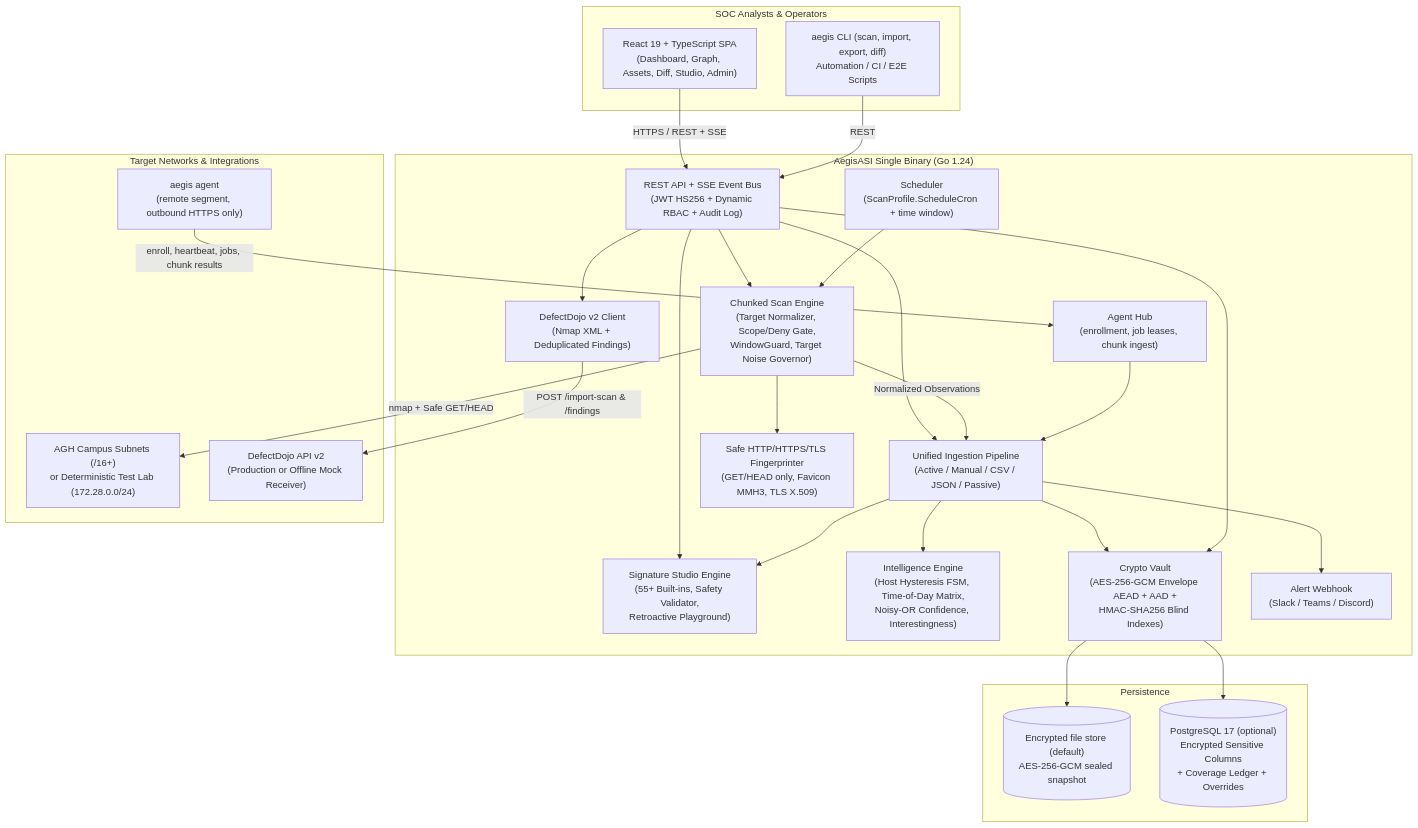
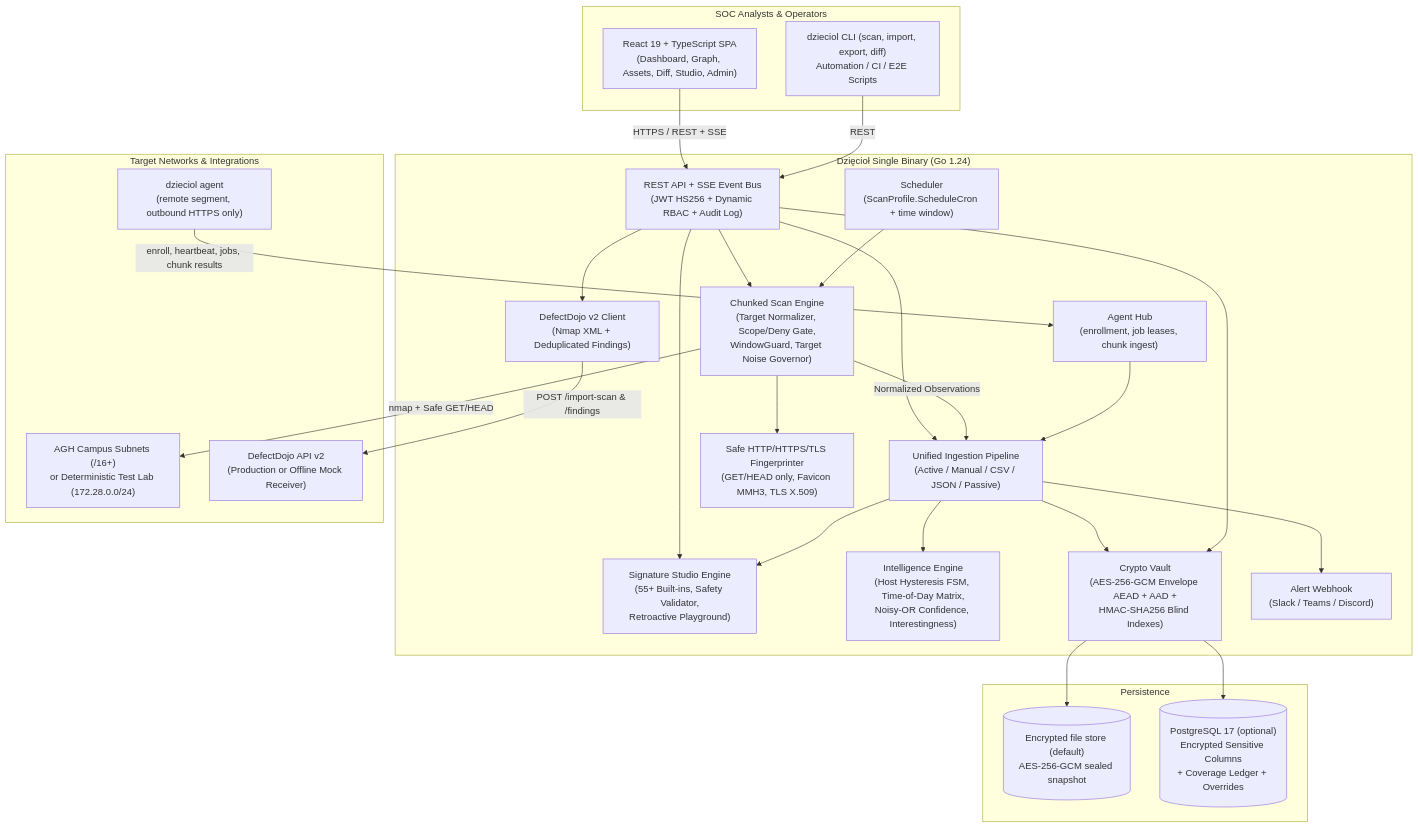
Before and after one commit to Rei-x/agh-attack-surface-intelligence: the first of 4 diagrams in docs/ARCHITECTURE.md, drawn with Mermaid. The commit also changed other lines of this file and 102 other files, not shown here.

Commit message:
Full rename to Dzięcioł: DZIECIOL_* env vars, dzieciol-store.enc, compose/lab/scripts/docs; woodpecker UI (mark, favicon, palette, pecking loader, live scan ripple, empty states, login cover)

````diff
--- a/docs/ARCHITECTURE.md
+++ b/docs/ARCHITECTURE.md
@@ -11,53 +11,53 @@
 ```mermaid
 flowchart TB
     subgraph Client["SOC Analysts & Operators"]
         UI["React 19 + TypeScript SPA<br/>(Dashboard, Graph, Assets, Diff, Studio, Admin)"]
-        CLI["aegis CLI (scan, import, export, diff)<br/>Automation / CI / E2E Scripts"]
+        CLI["dzieciol CLI (scan, import, export, diff)<br/>Automation / CI / E2E Scripts"]
     end
 
-    subgraph App["AegisASI Single Binary (Go 1.24)"]
+    subgraph App["Dzięcioł Single Binary (Go 1.24)"]
         API["REST API + SSE Event Bus<br/>(JWT HS256 + Dynamic RBAC + Audit Log)"]
         ING["Unified Ingestion Pipeline<br/>(Active / Manual / CSV / JSON / Passive)"]
         ENG["Chunked Scan Engine<br/>(Target Normalizer, Scope/Deny Gate,<br/>WindowGuard, Target Noise Governor)"]
         FP["Safe HTTP/HTTPS/TLS Fingerprinter<br/>(GET/HEAD only, Favicon MMH3, TLS X.509)"]
         SIG["Signature Studio Engine<br/>(55+ Built-ins, Safety Validator,<br/>Retroactive Playground)"]
         INT["Intelligence Engine<br/>(Host Hysteresis FSM, Time-of-Day Matrix,<br/>Noisy-OR Confidence, Interestingness)"]
         VAULT["Crypto Vault<br/>(AES-256-GCM Envelope AEAD + AAD +<br/>HMAC-SHA256 Blind Indexes)"]
         DD["DefectDojo v2 Client<br/>(Nmap XML + Deduplicated Findings)"]
         SCH["Scheduler<br/>(ScanProfile.ScheduleCron + time window)"]
         HUB["Agent Hub<br/>(enrollment, job leases, chunk ingest)"]
         NTF["Alert Webhook<br/>(Slack / Teams / Discord)"]
     end
 
     subgraph Storage["Persistence"]
         FS[("Encrypted file store (default)<br/>AES-256-GCM sealed snapshot")]
         PG[("PostgreSQL 17 (optional)<br/>Encrypted Sensitive Columns<br/>+ Coverage Ledger + Overrides")]
     end
 
     subgraph External["Target Networks & Integrations"]
         NET["AGH Campus Subnets (/16+)<br/>or Deterministic Test Lab (172.28.0.0/24)"]
         DD_SRV["DefectDojo API v2<br/>(Production or Offline Mock Receiver)"]
-        AGENT["aegis agent<br/>(remote segment, outbound HTTPS only)"]
+        AGENT["dzieciol agent<br/>(remote segment, outbound HTTPS only)"]
     end
 
     UI -->|HTTPS / REST + SSE| API
     CLI -->|REST| API
     API --> ING
     API --> ENG
     API --> SIG
     API --> DD
     ENG --> FP
     ENG -->|Normalized Observations| ING
     ING --> SIG
     ING --> INT
     ING --> VAULT
     VAULT --> FS
     VAULT --> PG
     SCH --> ENG
     ING --> NTF
     AGENT -->|enroll, heartbeat, jobs, chunk results| HUB
     HUB --> ING
     API --> VAULT
     ENG -->|nmap + Safe GET/HEAD| NET
     DD -->|POST /import-scan & /findings| DD_SRV
 ```
````
